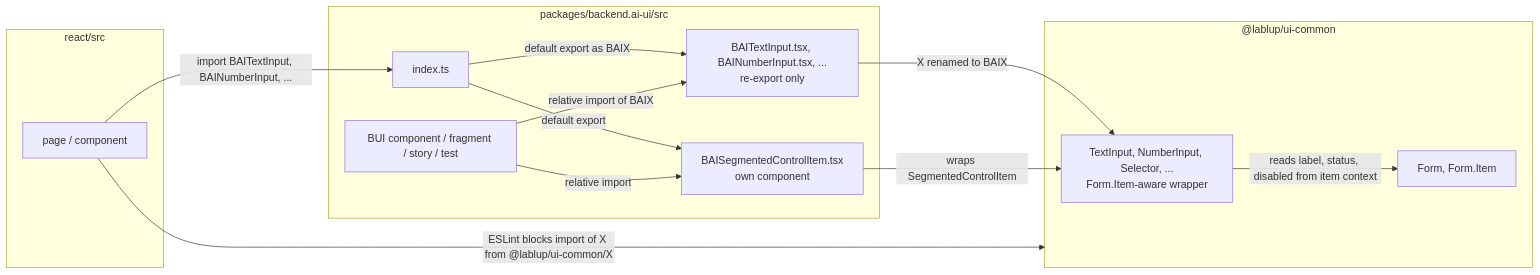
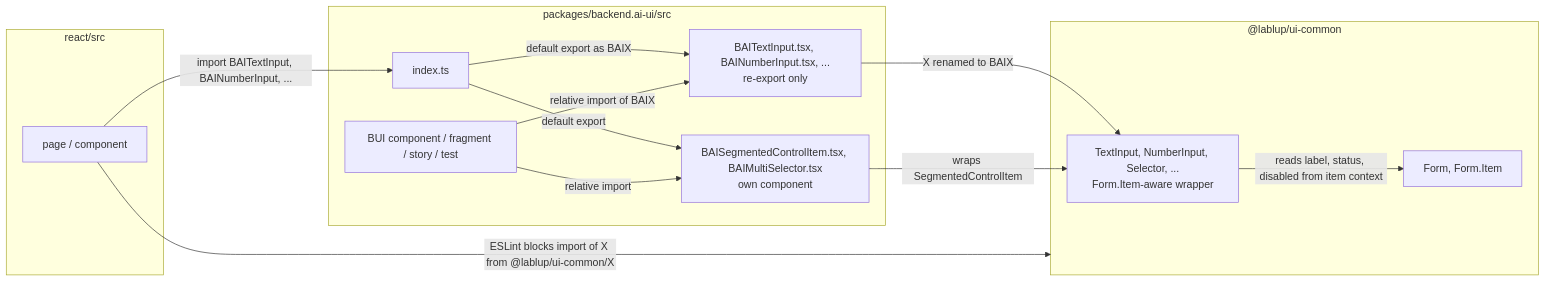
The diagram in docs/adr/0014-bai-names-for-ui-common-form-controls.md (lablup/backend.ai-webui), drawn with Mermaid before and after one commit. The commit also changed other lines of this file and 6 other files, not shown here.

````diff
--- a/docs/adr/0014-bai-names-for-ui-common-form-controls.md
+++ b/docs/adr/0014-bai-names-for-ui-common-form-controls.md
@@ -25,25 +25,25 @@
 ```mermaid
 flowchart LR
   subgraph react["react/src"]
     page["page / component"]
   end
   subgraph bui["packages/backend.ai-ui/src"]
     buiuse["BUI component / fragment / story / test"]
     barrel["index.ts"]
     fc["BAITextInput.tsx, BAINumberInput.tsx, ...<br/>re-export only"]
-    item["BAISegmentedControlItem.tsx<br/>own component"]
+    item["BAISegmentedControlItem.tsx, BAIMultiSelector.tsx<br/>own component"]
   end
   subgraph uic["@lablup/ui-common"]
     ctl["TextInput, NumberInput, Selector, ...<br/>Form.Item-aware wrapper"]
     form["Form, Form.Item"]
   end
   page -- "import BAITextInput, BAINumberInput, ..." --> barrel
   barrel -- "default export as BAIX" --> fc
   barrel -- "default export" --> item
   buiuse -- "relative import of BAIX" --> fc
   buiuse -- "relative import" --> item
   fc -- "X renamed to BAIX" --> ctl
   item -- "wraps SegmentedControlItem" --> ctl
   ctl -- "reads label, status, disabled from item context" --> form
   page -- "ESLint blocks import of X from @lablup/ui-common/X" --> uic
 ```
````
